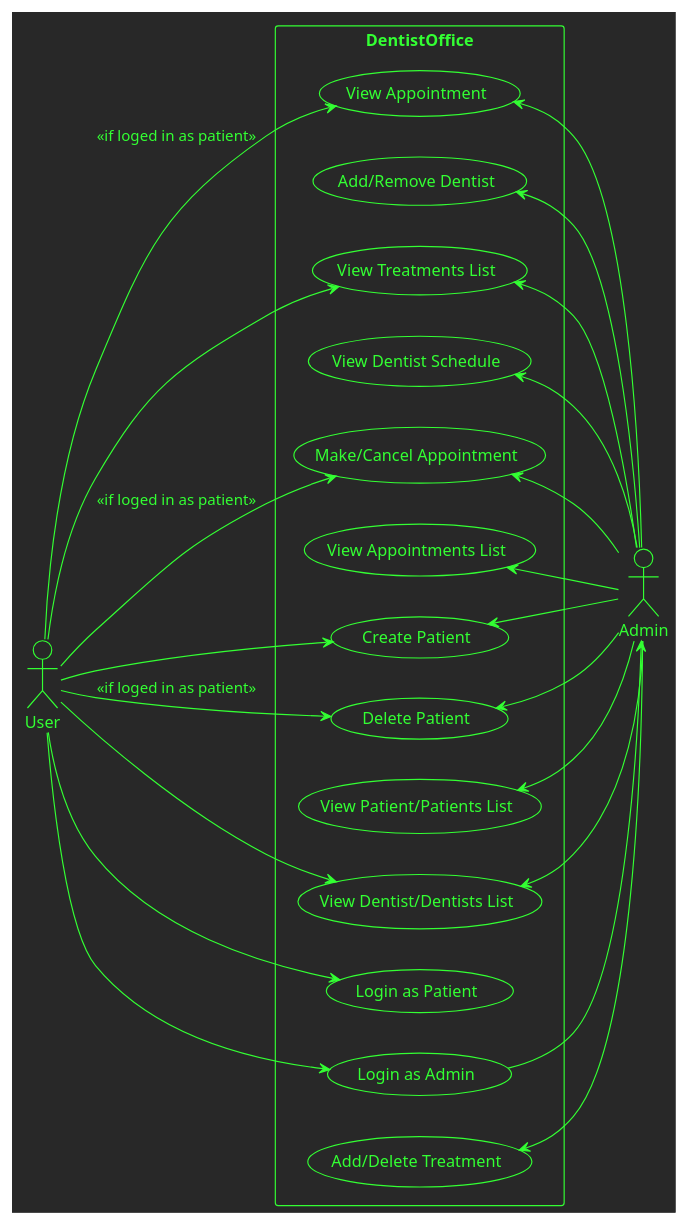
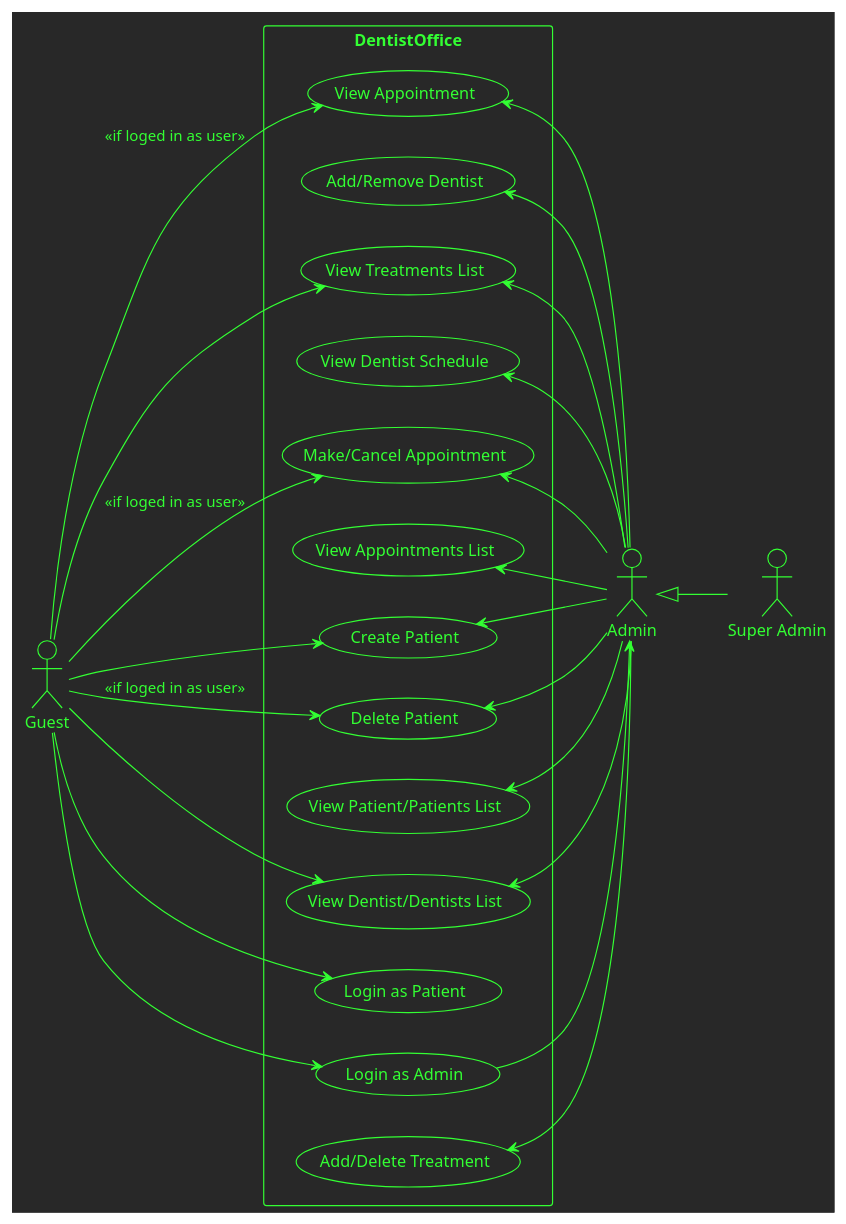
The diagram in architecture/use-case_diagram.iuml (razan-mp4/web_python), drawn with PlantUML before and after one commit.

Commit message:
apdating  diagram

```diff
--- a/architecture/use-case_diagram.iuml
+++ b/architecture/use-case_diagram.iuml
@@ -1,40 +1,42 @@
 @startuml usecase
 !theme crt-green
 
 left to right direction
 skinparam packageStyle rectangle
 
-actor User
+actor Guest as User
 actor Admin
+actor "Super Admin" as Super
 
+Admin <|-- Super
 
 rectangle DentistOffice {
-  User --> (Make/Cancel Appointment): <<if loged in as patient>>
-  User -right-> (View Appointment): <<if loged in as patient>>
+  User --> (Make/Cancel Appointment): <<if loged in as user>>
+  User -right-> (View Appointment): <<if loged in as user>>
 
   
   Admin -left-> (Add/Remove Dentist)
   Admin -left-> (View Treatments List)
   User -right-> (View Treatments List)
   Admin -left-> (View Dentist Schedule)
 
   Admin -left-> (Make/Cancel Appointment)
   Admin -left-> (View Appointments List)
   Admin -left-> (View Appointment)
   (Add/Delete Treatment) <-- Admin
 
   Admin -left-> (Create Patient)
   User -right-> (Create Patient)
   Admin -left-> (Delete Patient)
-  User -right-> (Delete Patient): <<if loged in as patient>>
+  User -right-> (Delete Patient): <<if loged in as user>>
   Admin -left-> (View Patient/Patients List)
 
   Admin -left-> (View Dentist/Dentists List)
   User -right-> (View Dentist/Dentists List)
   User -right-> (Login as Patient)
   User -right-> (Login as Admin)
   (Login as Admin) --> Admin
 
 }
 
 @enduml
```
